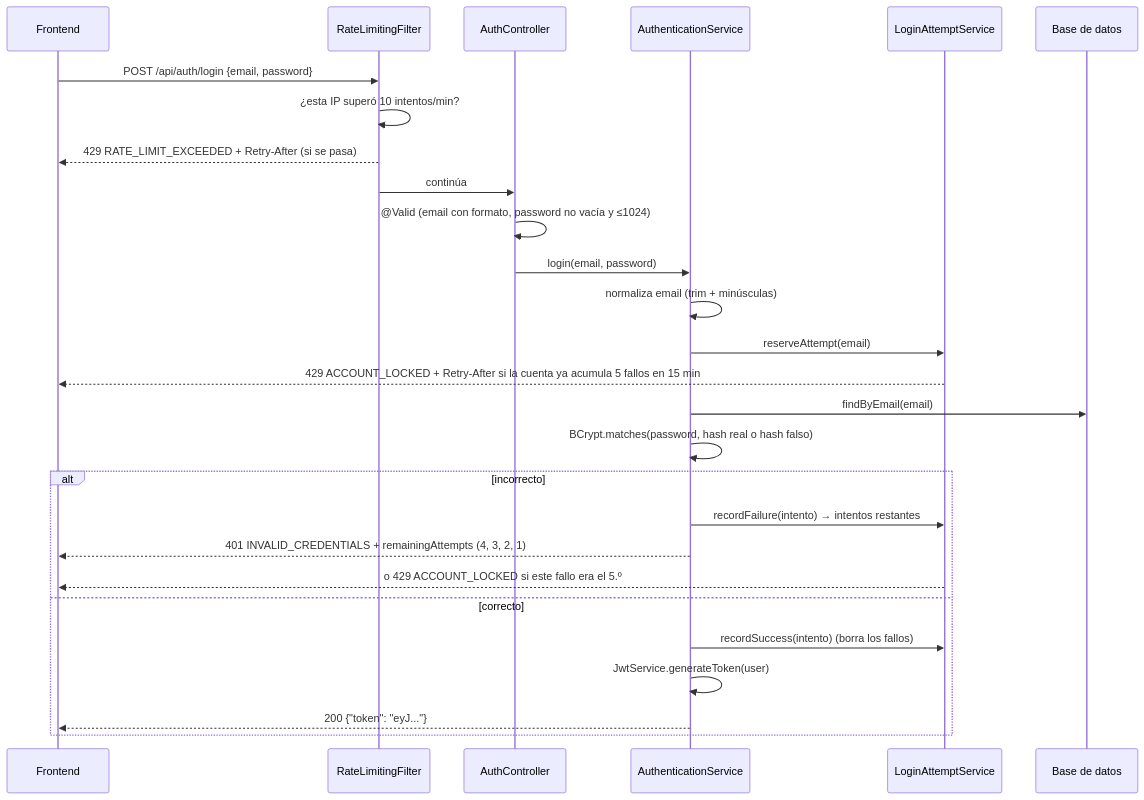
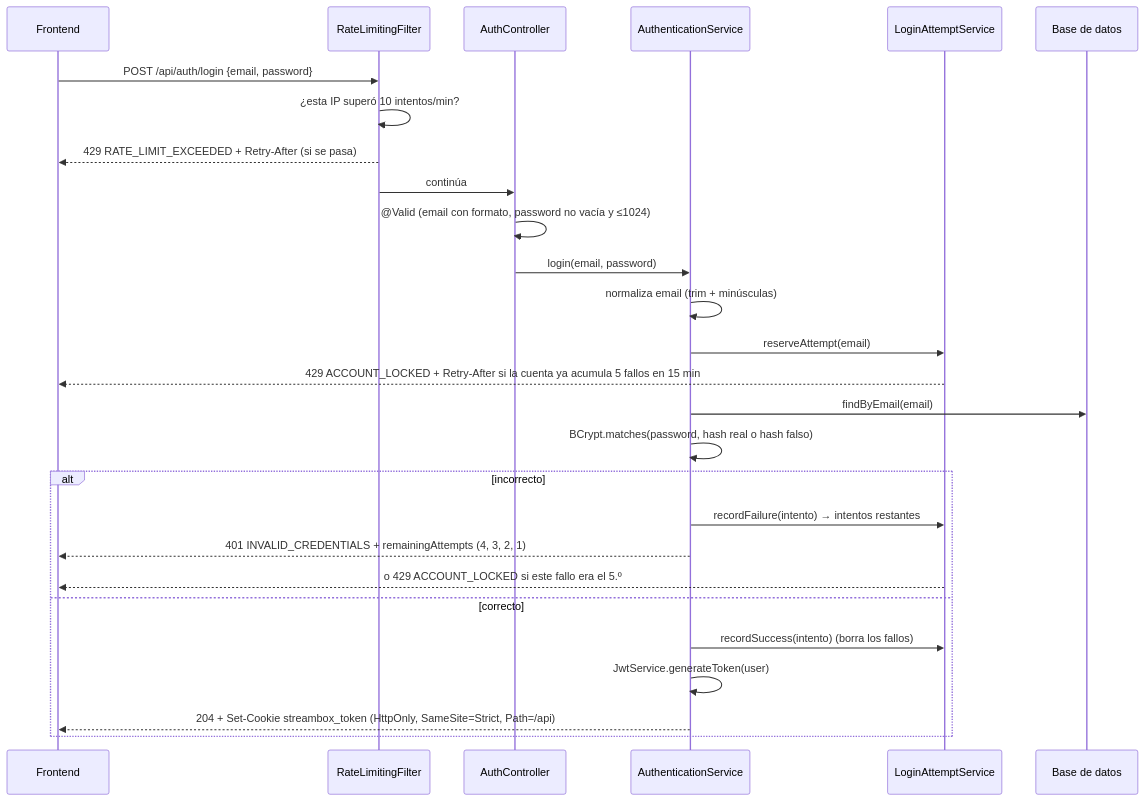
Before and after one commit to emiliogf10/streambox: the second of 2 diagrams in docs/MANUAL_PROGRAMADOR.md, drawn with Mermaid. The commit also changed other lines of this file and 58 other files, not shown here.

First line of the commit message:
feat: token JWT en cookie HttpOnly (tarea 29)

````diff
--- a/docs/MANUAL_PROGRAMADOR.md
+++ b/docs/MANUAL_PROGRAMADOR.md
@@ -724,30 +727,30 @@
 ```mermaid
 sequenceDiagram
     participant F as Frontend
     participant RL as RateLimitingFilter
     participant C as AuthController
     participant A as AuthenticationService
     participant L as LoginAttemptService
     participant DB as Base de datos
 
     F->>RL: POST /api/auth/login {email, password}
     RL->>RL: ¿esta IP superó 10 intentos/min?
     RL-->>F: 429 RATE_LIMIT_EXCEEDED + Retry-After (si se pasa)
     RL->>C: continúa
     C->>C: @Valid (email con formato, password no vacía y ≤1024)
     C->>A: login(email, password)
     A->>A: normaliza email (trim + minúsculas)
     A->>L: reserveAttempt(email)
     L-->>F: 429 ACCOUNT_LOCKED + Retry-After si la cuenta ya acumula 5 fallos en 15 min
     A->>DB: findByEmail(email)
     A->>A: BCrypt.matches(password, hash real o hash falso)
     alt incorrecto
         A->>L: recordFailure(intento) → intentos restantes
         A-->>F: 401 INVALID_CREDENTIALS + remainingAttempts (4, 3, 2, 1)
         L-->>F: o 429 ACCOUNT_LOCKED si este fallo era el 5.º
     else correcto
         A->>L: recordSuccess(intento) (borra los fallos)
         A->>A: JwtService.generateToken(user)
-        A-->>F: 200 {"token": "eyJ..."}
+        A-->>F: 204 + Set-Cookie streambox_token (HttpOnly, SameSite=Strict, Path=/api)
     end
 ```
````
